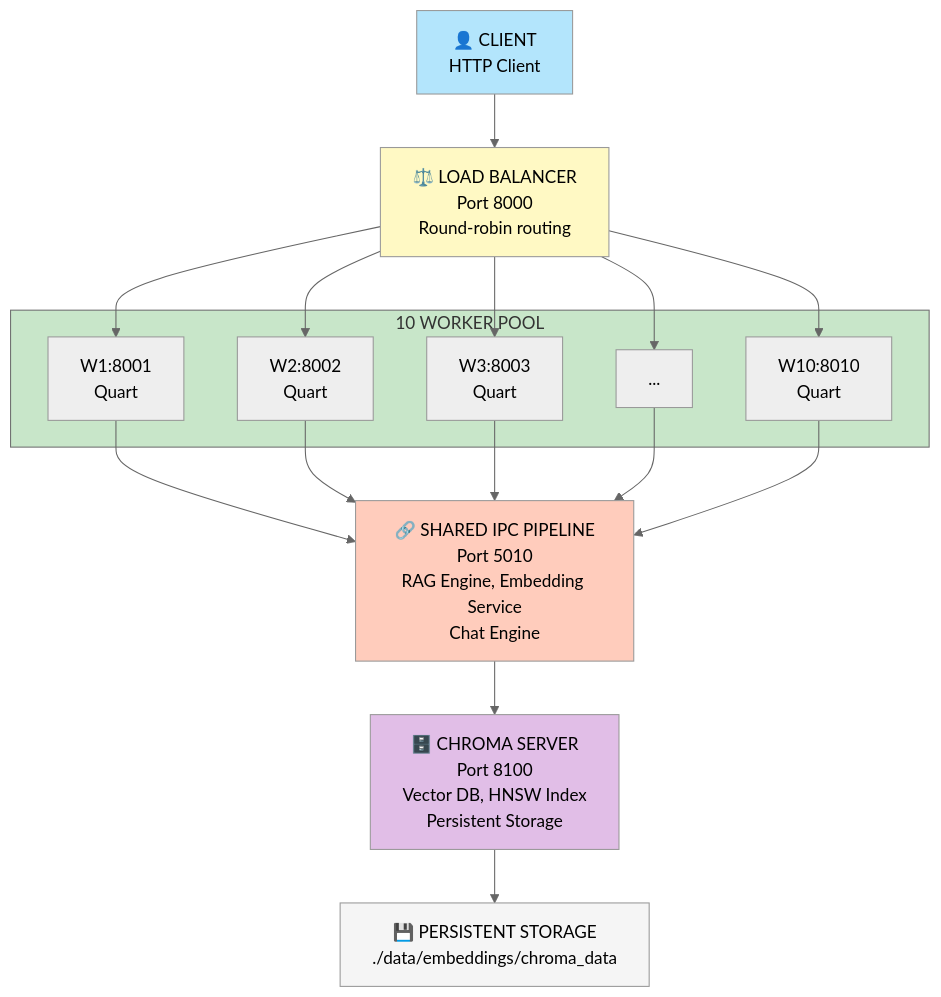
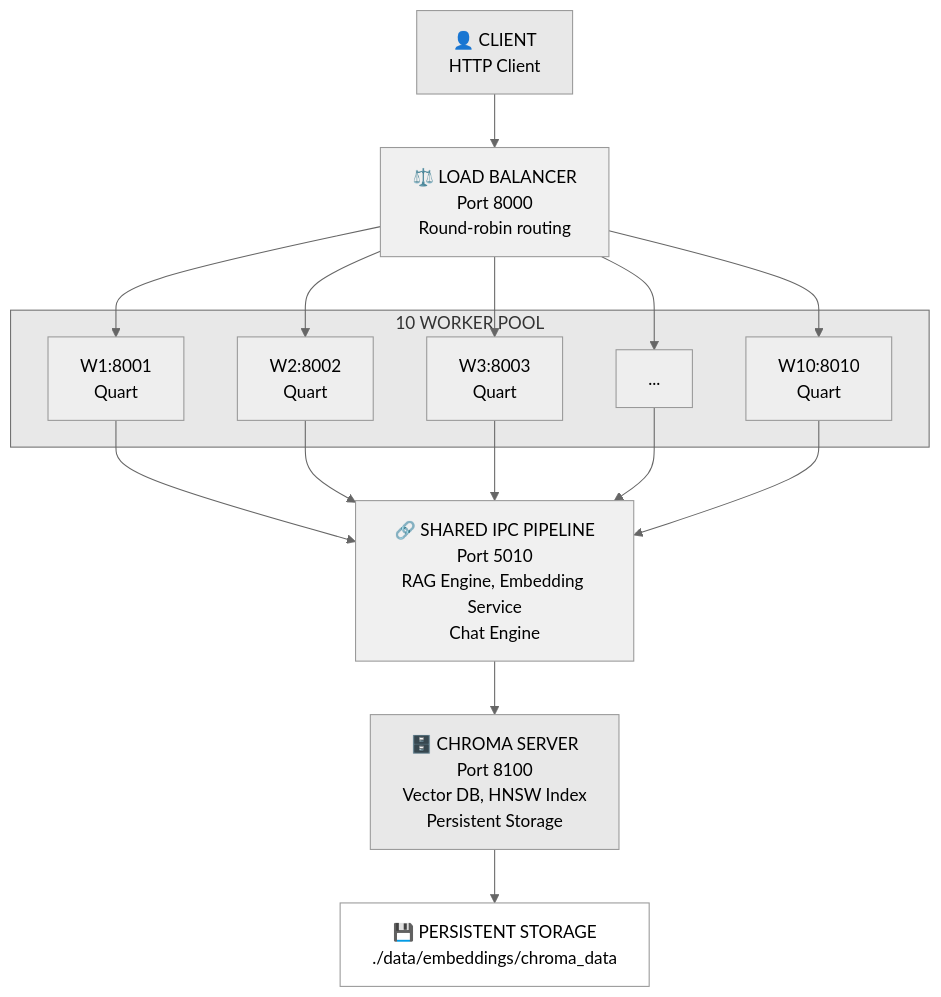
Before and after one commit to pollinations/lixSearch: the first of 17 diagrams in DOCS/FULL_ARCHITECTURE.md, drawn with Mermaid (neutral theme). The commit also changed other lines of this file, not shown here.

Commit message:
refactor: Update diagram styles for improved visual consistency in architecture documentation

````diff
--- a/DOCS/FULL_ARCHITECTURE.md
+++ b/DOCS/FULL_ARCHITECTURE.md
@@ -29,42 +29,42 @@
 ```mermaid
 graph TB
     Client["👤 CLIENT<br/>HTTP Client"]
     LB["⚖️ LOAD BALANCER<br/>Port 8000<br/>Round-robin routing"]
     
     subgraph Workers["10 WORKER POOL"]
         W1["W1:8001<br/>Quart"]
         W2["W2:8002<br/>Quart"]
         W3["W3:8003<br/>Quart"]
         WDots["..."]
         W10["W10:8010<br/>Quart"]
     end
     
     IPC["🔗 SHARED IPC PIPELINE<br/>Port 5010<br/>RAG Engine, Embedding Service<br/>Chat Engine"]
     
     ChromaServer["🗄️ CHROMA SERVER<br/>Port 8100<br/>Vector DB, HNSW Index<br/>Persistent Storage"]
     
     Storage["💾 PERSISTENT STORAGE<br/>./data/embeddings/chroma_data"]
     
     Client --> LB
     LB --> W1
     LB --> W2
     LB --> W3
     LB --> WDots
     LB --> W10
     
     W1 --> IPC
     W2 --> IPC
     W3 --> IPC
     WDots --> IPC
     W10 --> IPC
     
     IPC --> ChromaServer
     ChromaServer --> Storage
     
-    style Client fill:#B3E5FC
-    style LB fill:#FFF9C4
-    style Workers fill:#C8E6C9
-    style IPC fill:#FFCCBC
-    style ChromaServer fill:#E1BEE7
-    style Storage fill:#F5F5F5
+    style Client fill:#E8E8E8
+    style LB fill:#F0F0F0
+    style Workers fill:#E8E8E8
+    style IPC fill:#F0F0F0
+    style ChromaServer fill:#E8E8E8
+    style Storage fill:#FFFFFF
 ```
````
